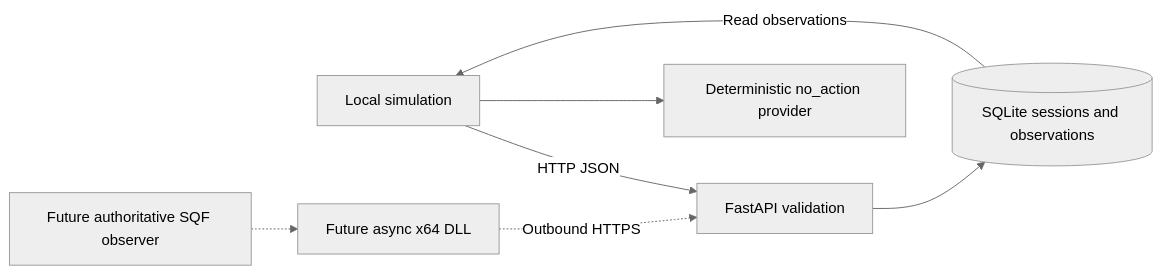
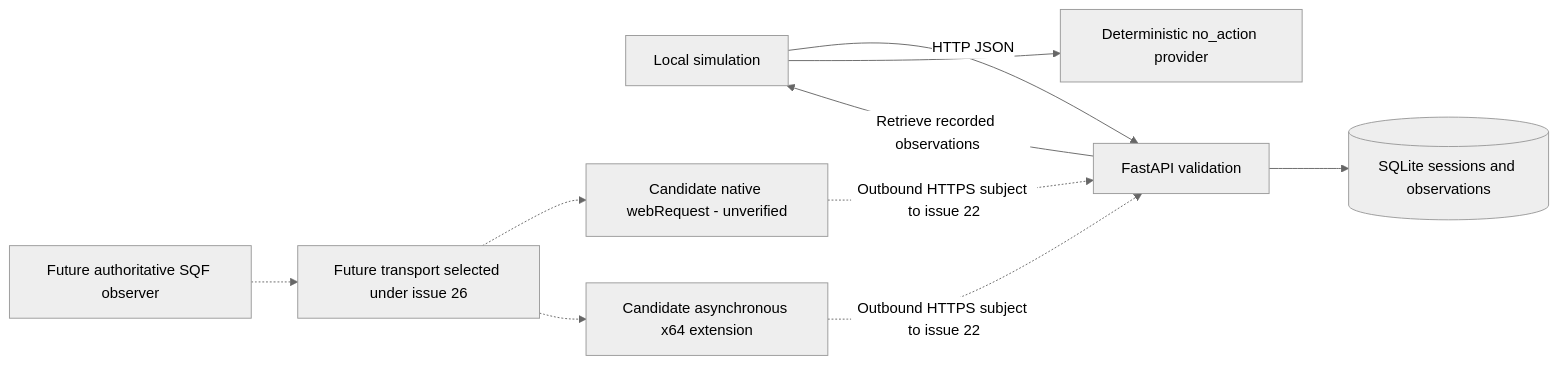
The diagram in docs/architecture.md (instanceofjamie/overlord), drawn with Mermaid (neutral theme) before and after one commit. The commit also changed other lines of this file and 3 other files, not shown here.

````diff
--- a/docs/architecture.md
+++ b/docs/architecture.md
@@ -7,9 +7,12 @@
 ```mermaid
 flowchart LR
     CLI[Local simulation] -->|HTTP JSON| API[FastAPI validation]
     API --> DB[(SQLite sessions and observations)]
-    DB -->|Read observations| CLI
+    API -->|Retrieve recorded observations| CLI
     CLI --> Mock[Deterministic no_action provider]
-    SQF[Future authoritative SQF observer] -.-> Bridge[Future async x64 DLL]
-    Bridge -.->|Outbound HTTPS| API
+    SQF[Future authoritative SQF observer] -.-> Transport[Future transport selected under issue 26]
+    Transport -.-> Native[Candidate native webRequest - unverified]
+    Transport -.-> DLL[Candidate asynchronous x64 extension]
+    Native -.->|Outbound HTTPS subject to issue 22| API
+    DLL -.->|Outbound HTTPS subject to issue 22| API
 ```
````
